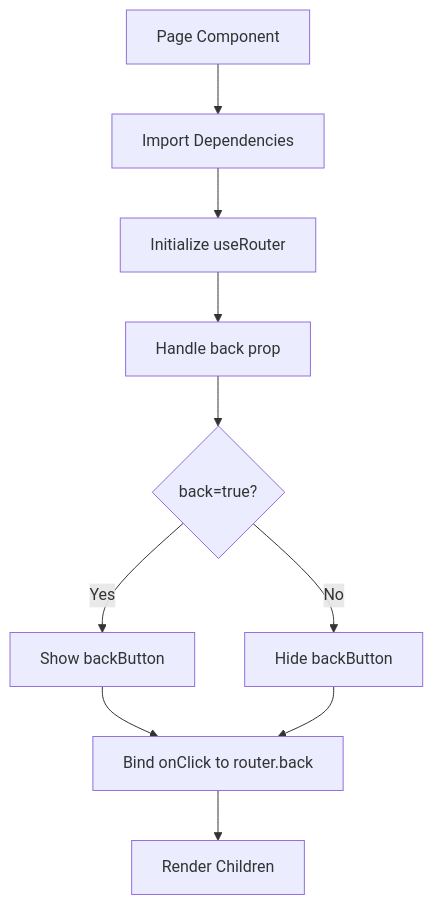
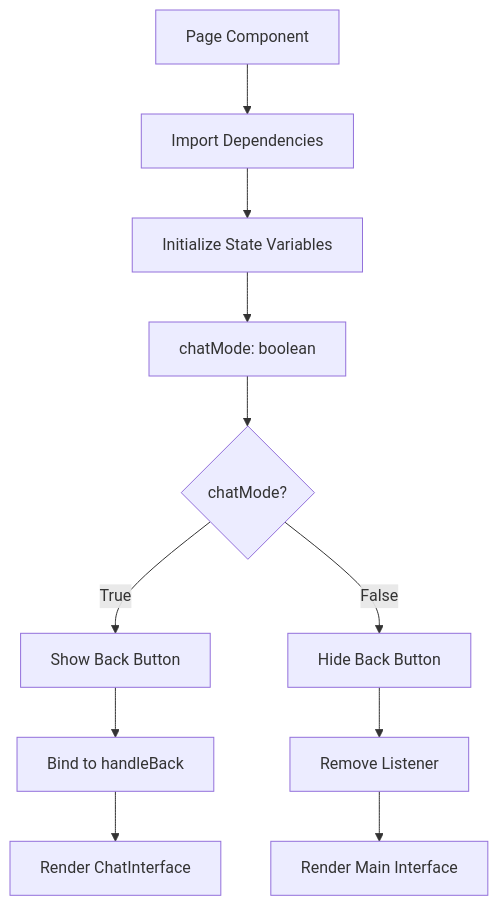
One commit to Miaterio/Passion-bot-2 changed the first of 4 diagrams in .qoder/repowiki/en/content/API Reference/UI Components/Page Component.md. Above: the diagram before and after it, drawn with Mermaid. The commit also changed other lines of this file and 6 other files, not shown here.

````diff
--- a/.qoder/repowiki/en/content/API Reference/UI Components/Page Component.md
+++ b/.qoder/repowiki/en/content/API Reference/UI Components/Page Component.md
@@ -31,12 +40,13 @@
 ```mermaid
 flowchart TD
 A[Page Component] --> B[Import Dependencies]
-B --> C[Initialize useRouter]
-C --> D[Handle back prop]
-D --> E{back=true?}
-E --> |Yes| F[Show backButton]
-E --> |No| G[Hide backButton]
-F --> H[Bind onClick to router.back]
-G --> H
-H --> I[Render Children]
+B --> C[Initialize State Variables]
+C --> D[chatMode: boolean]
+D --> E{chatMode?}
+E --> |True| F[Show Back Button]
+E --> |False| G[Hide Back Button]
+F --> H[Bind to handleBack]
+G --> I[Remove Listener]
+H --> J[Render ChatInterface]
+I --> K[Render Main Interface]
 ```
````
